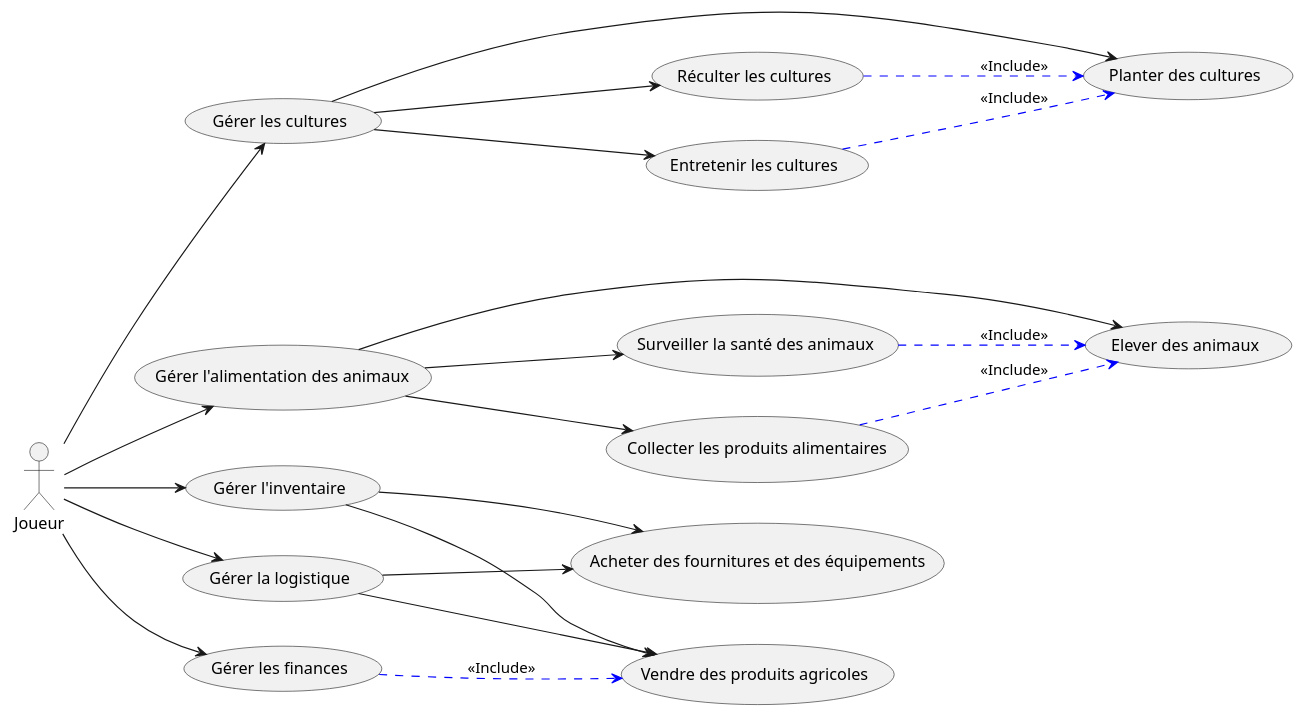
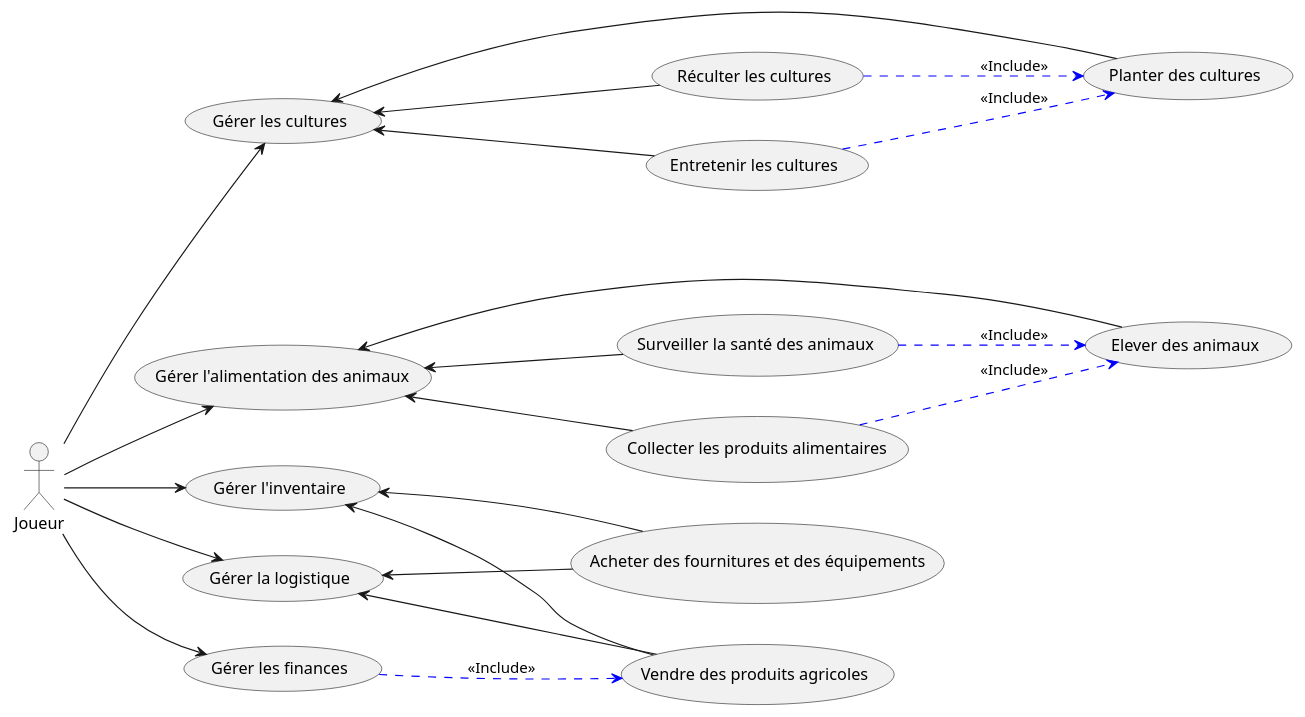
Before and after one commit to heythembahri/AGL-agricole: the diagram in Diagramme/usecase diagram.pu, drawn with PlantUML.

Commit message:
Update usecase diagram.pu

```diff
--- a/Diagramme/usecase diagram.pu
+++ b/Diagramme/usecase diagram.pu
@@ -1,37 +1,37 @@
 @startuml
 Left to right direction
 actor "Joueur" as j
 usecase "Gérer les cultures" as UC1
 usecase "Gérer l'alimentation des animaux" as UC2
 usecase "Gérer la logistique" as UC3
 usecase "Gérer l'inventaire" as UC4
 usecase "Gérer les finances" as UC5
 j --> UC1
 j --> UC2
 j --> UC3
 j --> UC4
 j --> UC5
 usecase "Réculter les cultures" as UC11
 usecase "Planter des cultures" as UC12
 usecase "Entretenir les cultures" as UC13
-UC1 --> UC11
-UC1 --> UC12
-UC1 --> UC13
+UC1 <-- UC11
+UC1 <-- UC12
+UC1 <-- UC13
 usecase "Surveiller la santé des animaux" as UC21
 usecase "Elever des animaux" as UC22
 usecase "Collecter les produits alimentaires" as UC23
-UC2 --> UC21
-UC2 --> UC22
-UC2 --> UC23
+UC2 <-- UC21
+UC2 <-- UC22
+UC2 <-- UC23
 usecase "Acheter des fournitures et des équipements" as UC04
 usecase "Vendre des produits agricoles" as UC05
-UC3 --> UC04
-UC3 --> UC05
-UC4 --> UC04
-UC4 --> UC05
+UC3 <-- UC04
+UC3 <-- UC05
+UC4 <-- UC04
+UC4 <-- UC05
 UC5 ..> UC05 #line:blue : <<Include>>
 UC11 ..> UC12 #line:blue : <<Include>>
 UC13 ..> UC12 #line:blue : <<Include>>
 UC21 ..> UC22 #line:blue : <<Include>>
 UC23 ..> UC22 #line:blue : <<Include>>
 @enduml
```
